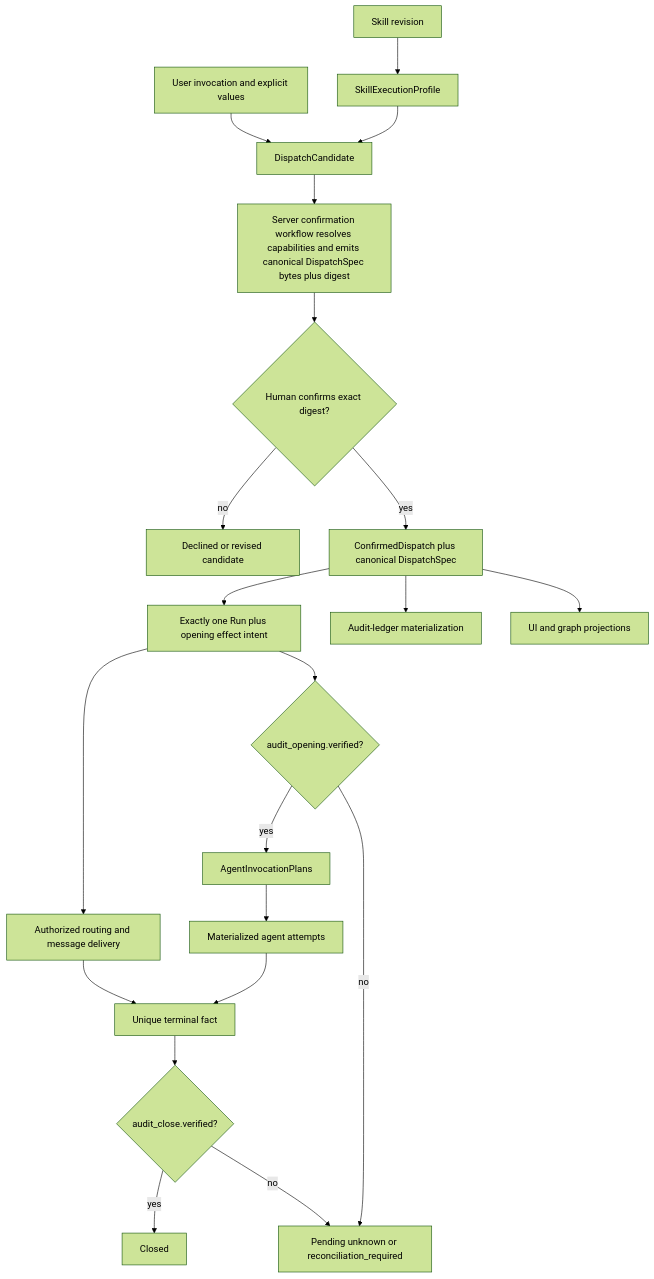
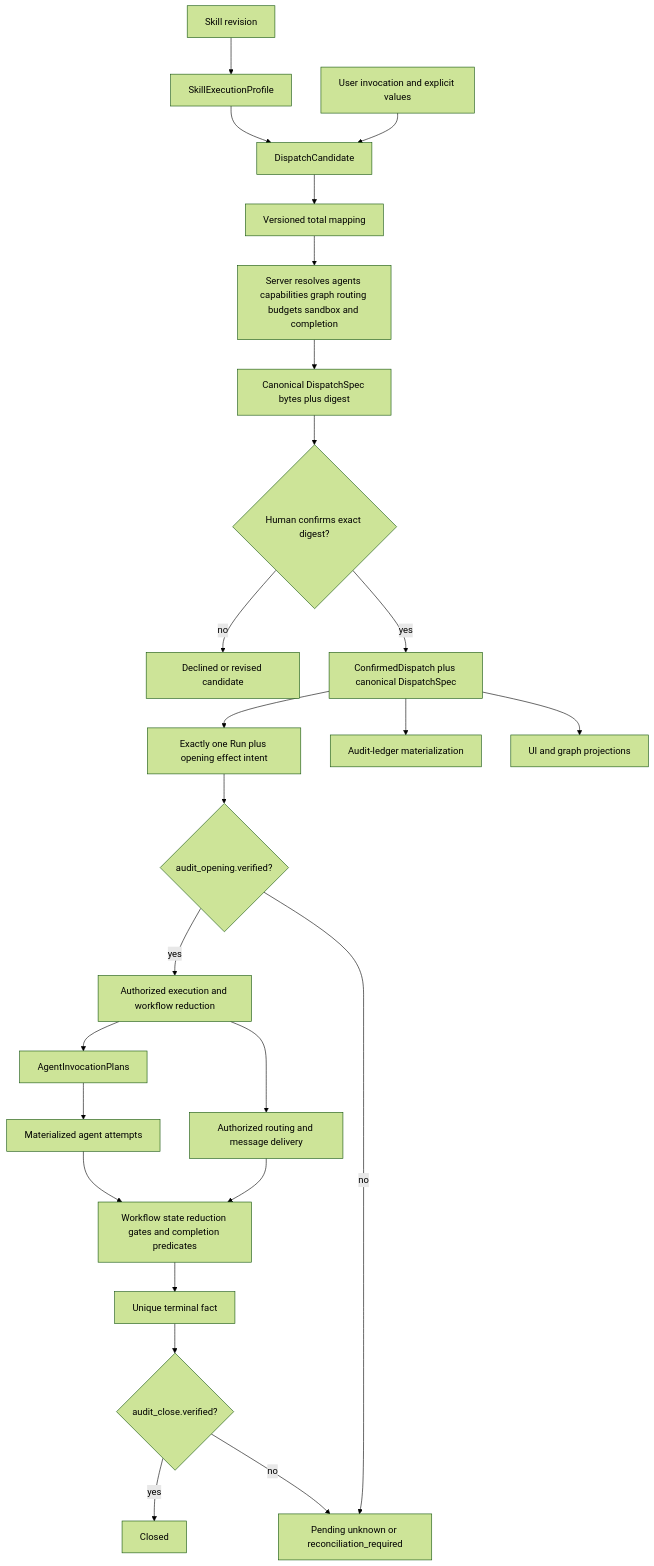
The diagram in docs/features/agents-communication-infra/discovery/agents-communication-protocols/README.md (VictorBoscaro/cyberalchemy-orchestrator), drawn with Mermaid (forest theme) before and after one commit. The commit also changed other lines of this file, not shown here.

````diff
--- a/docs/features/agents-communication-infra/discovery/agents-communication-protocols/README.md
+++ b/docs/features/agents-communication-infra/discovery/agents-communication-protocols/README.md
@@ -490,23 +602,27 @@
 ```mermaid
 flowchart TD
     S[Skill revision] --> P[SkillExecutionProfile]
     P --> C[DispatchCandidate]
     U[User invocation and explicit values] --> C
-    C --> CP[Server confirmation workflow resolves capabilities and emits canonical DispatchSpec bytes plus digest]
-    CP --> H{Human confirms exact digest?}
+    C --> M[Versioned total mapping]
+    M --> CP[Server resolves agents capabilities graph routing budgets sandbox and completion]
+    CP --> DS[Canonical DispatchSpec bytes plus digest]
+    DS --> H{Human confirms exact digest?}
     H -->|no| X[Declined or revised candidate]
     H -->|yes| D[ConfirmedDispatch plus canonical DispatchSpec]
     D --> R[Exactly one Run plus opening effect intent]
     R --> O{audit_opening.verified?}
-    O -->|yes| I[AgentInvocationPlans]
+    O -->|yes| K[Authorized execution and workflow reduction]
     O -->|no| Q[Pending unknown or reconciliation_required]
     D --> Y[Audit-ledger materialization]
     D --> V[UI and graph projections]
+    K --> I[AgentInvocationPlans]
+    K --> B[Authorized routing and message delivery]
     I --> A[Materialized agent attempts]
-    R --> B[Authorized routing and message delivery]
-    A --> T[Unique terminal fact]
-    B --> T
+    A --> W[Workflow state reduction gates and completion predicates]
+    B --> W
+    W --> T[Unique terminal fact]
     T --> Z{audit_close.verified?}
     Z -->|yes| E[Closed]
     Z -->|no| Q
 ```
````
